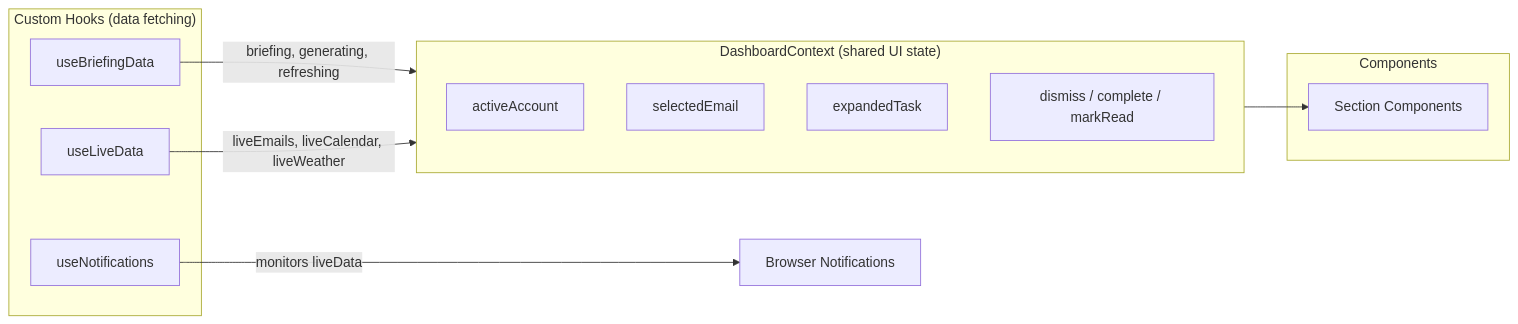
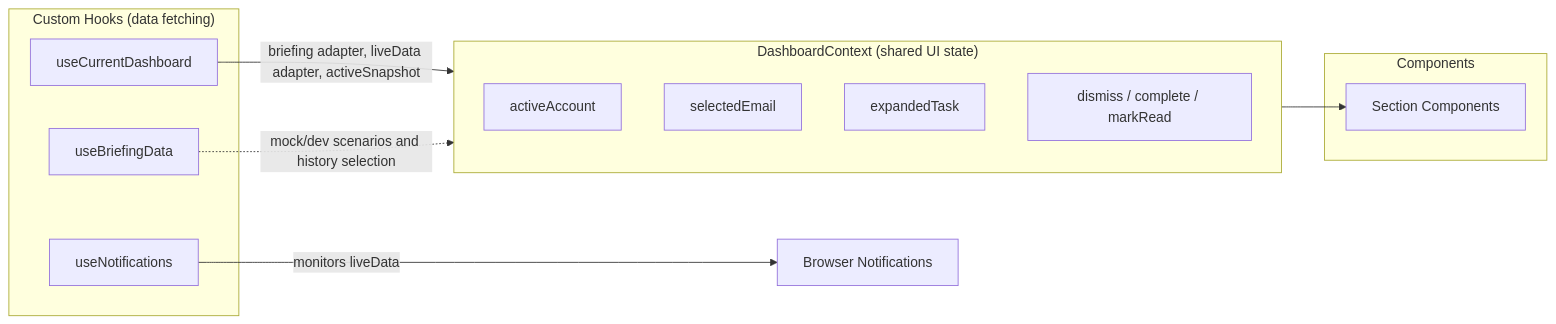
Before and after one commit to ansidian/Setpoint: the third of 7 diagrams in ARCHITECTURE.md, drawn with Mermaid. The commit also changed other lines of this file and 17 other files, not shown here.

Commit message:
chore: retire legacy live current runtime

````diff
--- a/ARCHITECTURE.md
+++ b/ARCHITECTURE.md
@@ -213,24 +217,24 @@
 ```mermaid
 graph LR
     subgraph Hooks["Custom Hooks (data fetching)"]
+        UCD[useCurrentDashboard]
         UBD[useBriefingData]
-        ULD[useLiveData]
         UN[useNotifications]
     end
 
     subgraph Context["DashboardContext (shared UI state)"]
         AE[activeAccount]
         SE[selectedEmail]
         ET[expandedTask]
         Handlers[dismiss / complete / markRead]
     end
 
     subgraph Components
         Sections[Section Components]
     end
 
-    UBD -->|briefing, generating, refreshing| Context
-    ULD -->|liveEmails, liveCalendar, liveWeather| Context
+    UCD -->|briefing adapter, liveData adapter, activeSnapshot| Context
+    UBD -.->|mock/dev scenarios and history selection| Context
     UN -->|monitors liveData| Browser[Browser Notifications]
     Context --> Sections
 ```
````
